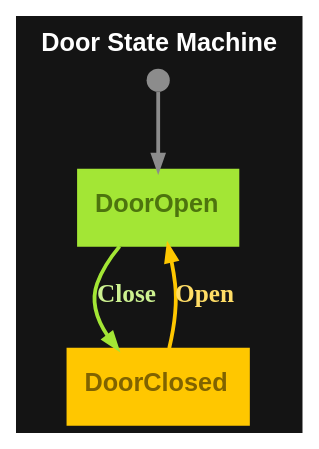
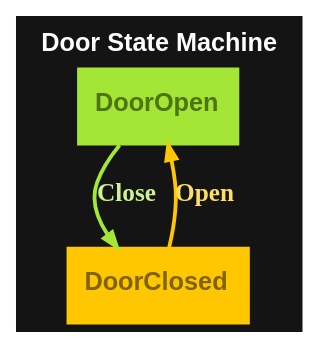
The diagram in graphs/door-dark.dot (m-bock/purescript-transit), drawn with Graphviz before and after one commit. The commit also changed 31 other files, not shown here.

Commit message:
Enhance Door with Pin examples by introducing dark and light theme graph files. Update README to include new image formats and improve visual representation. Refactor tests to utilize entry points for state transitions, ensuring clarity in documentation and examples.

```diff
--- a/graphs/door-dark.dot
+++ b/graphs/door-dark.dot
@@ -1,10 +1,8 @@
 digraph 
 {
 rankdir = "TD";fontname = "Arial";label = <<b>Door State Machine</b>>;labelloc = "t";fontsize = 12;bgcolor = "#141414";color = "#ffffff";fontcolor = "#ffffff"
 DoorOpen [shape = "box", label = <<b>DoorOpen</b>>, fontsize = 12, style = "filled", fillcolor = "#a3e635", fontcolor = "#4d740e", color = "#a3e635", fontname = "Arial", labelloc = "c", penwidth = 1.0]
-__Start__ [shape = "circle", label = "", width = 0.15, height = 0.15, fixedsize = true, style = "filled", fillcolor = "#8c8c8c", penwidth = 0.0]
-__Start__ -> DoorOpen [color = "#8c8c8c", fontsize = 12, arrowsize = "0.7", penwidth = 1.8]
 DoorOpen -> DoorClosed [color = "#a3e635", fontcolor = "#ccf190", fontsize = 12, arrowsize = "0.7", label = <<b>Close</b>>, penwidth = 1.8]
 DoorClosed [shape = "box", label = <<b>DoorClosed</b>>, fontsize = 12, style = "filled", fillcolor = "#ffc700", fontcolor = "#806300", color = "#ffc700", fontname = "Arial", labelloc = "c", penwidth = 1.0]
 DoorClosed -> DoorOpen [color = "#ffc700", fontcolor = "#ffdd66", fontsize = 12, arrowsize = "0.7", label = <<b>Open</b>>, penwidth = 1.8]
 }
```
